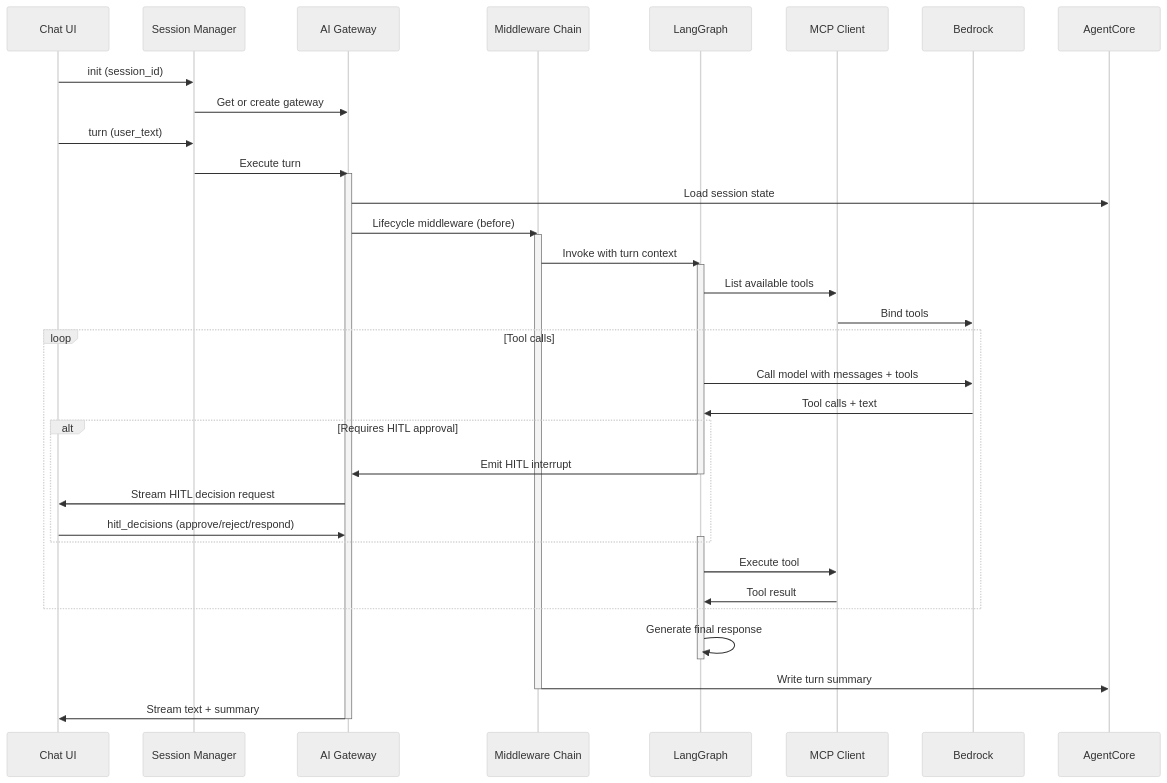
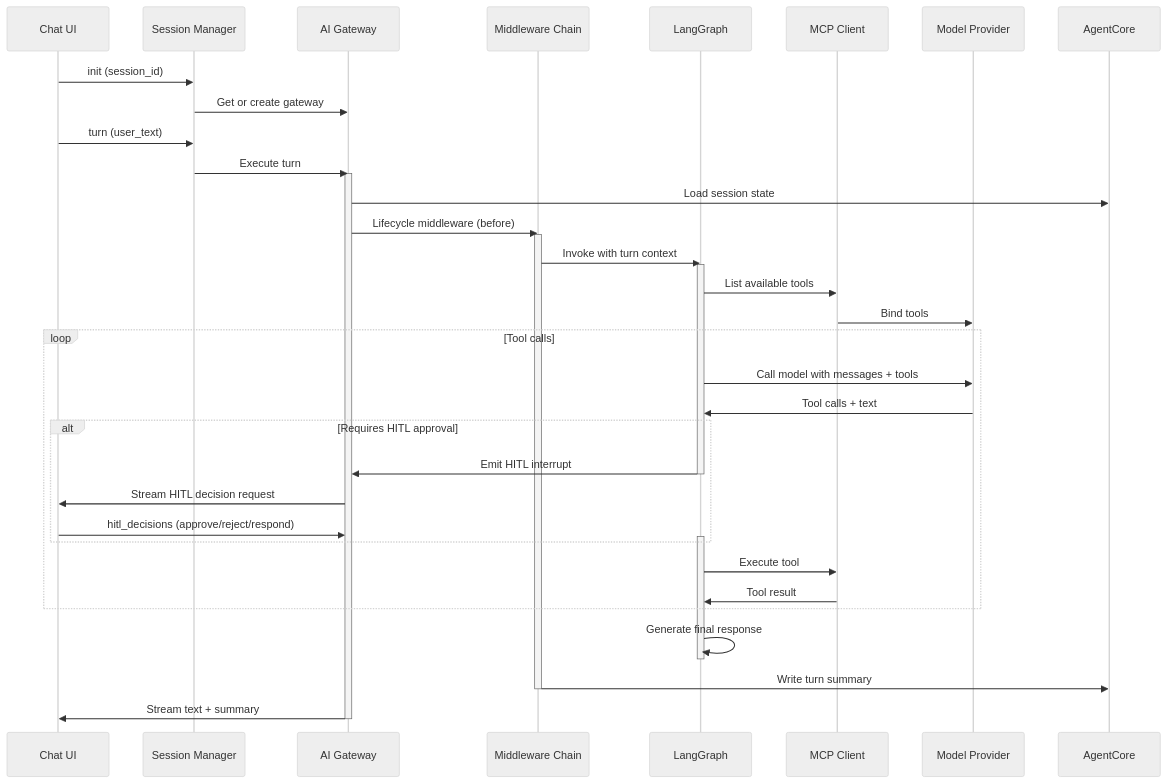
Before and after one commit to Dhaigvip/ai-agent-template: the diagram in docs/diagrams/turn-execution-flow.mmd, drawn with Mermaid. The commit also changed 3 other files, not shown here.

First line of the commit message:
Relabel model provider in architecture diagrams

```diff
--- a/docs/diagrams/turn-execution-flow.mmd
+++ b/docs/diagrams/turn-execution-flow.mmd
@@ -1,50 +1,50 @@
 %%{init: {'theme':'neutral', 'themeVariables': {'lineColor':'#94a3b8'}}}%%
 sequenceDiagram
     participant User as Chat UI
     participant Session as Session Manager
     participant Gateway as AI Gateway
     participant Middleware as Middleware Chain
     participant Graph as LangGraph
     participant MCP as MCP Client
-    participant Model as Bedrock
+    participant Model as Model Provider
     participant Memory as AgentCore
     
     User->>Session: init (session_id)
     Session->>Gateway: Get or create gateway
     User->>Session: turn (user_text)
     Session->>Gateway: Execute turn
     
     activate Gateway
     Gateway->>Memory: Load session state
     Gateway->>Middleware: Lifecycle middleware (before)
     
     activate Middleware
     Middleware->>Graph: Invoke with turn context
     
     activate Graph
     Graph->>MCP: List available tools
     MCP->>Model: Bind tools
     
     loop Tool calls
         Graph->>Model: Call model with messages + tools
         Model->>Graph: Tool calls + text
         
         alt Requires HITL approval
             Graph->>Gateway: Emit HITL interrupt
             deactivate Graph
             Gateway->>User: Stream HITL decision request
             User->>Gateway: hitl_decisions (approve/reject/respond)
             activate Graph
         end
         
         Graph->>MCP: Execute tool
         MCP->>Graph: Tool result
     end
     
     Graph->>Graph: Generate final response
     deactivate Graph
     
     Middleware->>Memory: Write turn summary
     deactivate Middleware
     Gateway->>User: Stream text + summary
     deactivate Gateway
```
